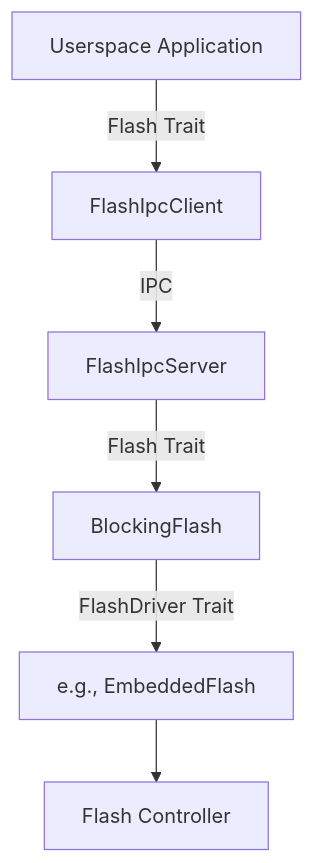
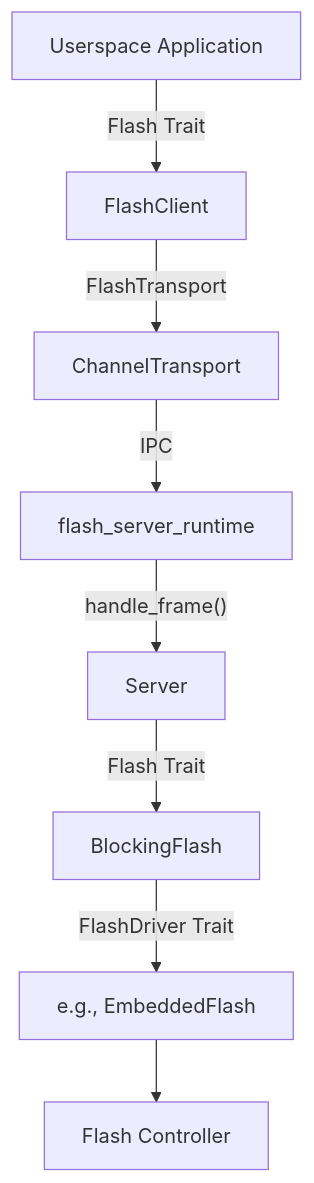
Before and after one commit to OpenPRoT/openprot: the diagram in services/flash/README.md, drawn with Mermaid. The commit also changed other lines of this file and 1 other file, not shown here.

First line of the commit message:
services/flash: Update the README for the new layout and drop chip specifics

````diff
--- a/services/flash/README.md
+++ b/services/flash/README.md
@@ -81,8 +89,10 @@
 ```mermaid
 graph TD
-    Client[Userspace Application] -- "Flash Trait" --> IPC_Client[FlashIpcClient]
-    IPC_Client -- "IPC" --> IPC_Server[FlashIpcServer]
-    IPC_Server -- "Flash Trait" --> BlockingFlash[BlockingFlash]
+    Client[Userspace Application] -- "Flash Trait" --> IPC_Client[FlashClient]
+    IPC_Client -- "FlashTransport" --> Transport[ChannelTransport]
+    Transport -- "IPC" --> IPC_Server[flash_server_runtime]
+    IPC_Server -- "handle_frame()" --> Server[Server]
+    Server -- "Flash Trait" --> BlockingFlash[BlockingFlash]
     BlockingFlash -- "FlashDriver Trait" --> HardwareDriver[e.g., EmbeddedFlash]
     HardwareDriver --> HW[Flash Controller]
 ```
````
